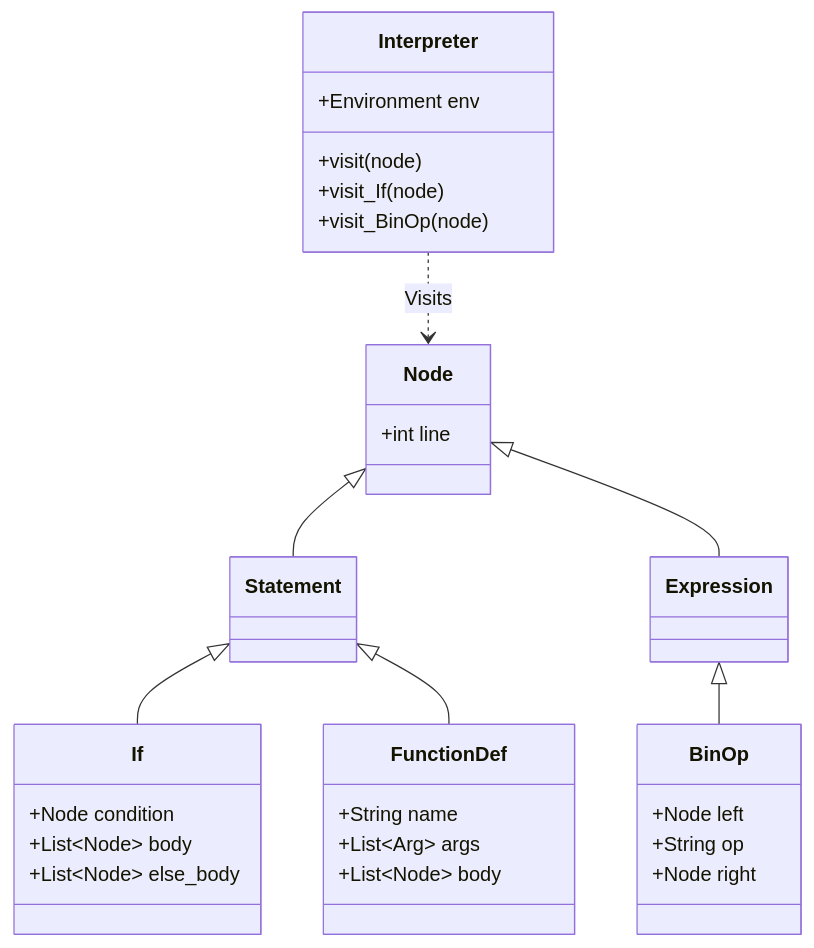
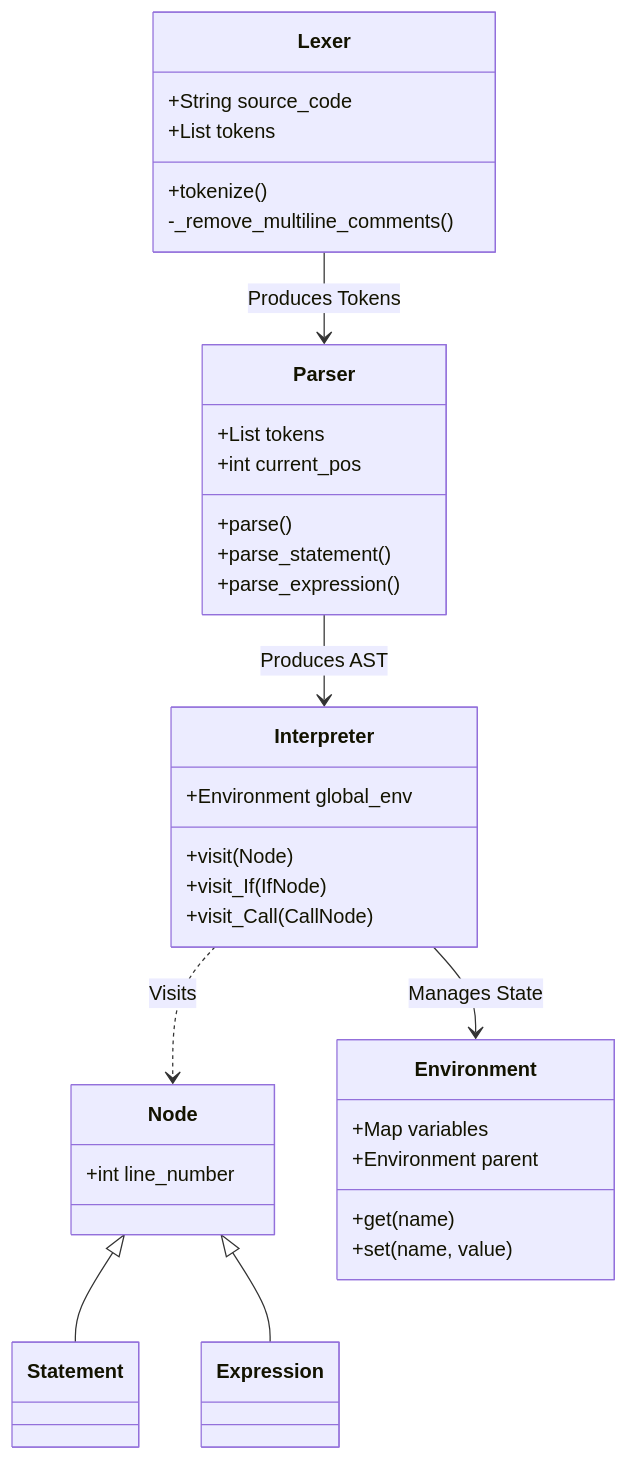
The fourth of 5 diagrams in ShellLite_Project_Report.md (Shrey-N/ShellLite), drawn with Mermaid before and after one commit. The commit also changed other lines of this file, not shown here.

First line of the commit message:
Add comprehensive project report v3 (No code dumps)

````diff
--- a/ShellLite_Project_Report.md
+++ b/ShellLite_Project_Report.md
@@ -238,43 +341,42 @@
 ```mermaid
 classDiagram
-    class Node {
-        +int line
-    }
-    class Statement {
-    }
-    class Expression {
+    class Lexer {
+        +String source_code
+        +List tokens
+        +tokenize()
+        -_remove_multiline_comments()
     }
 
+    class Parser {
+        +List tokens
+        +int current_pos
+        +parse()
+        +parse_statement()
+        +parse_expression()
+    }
+
+    class Node {
+        +int line_number
+    }
+
+    class Interpreter {
+        +Environment global_env
+        +visit(Node)
+        +visit_If(IfNode)
+        +visit_Call(CallNode)
+    }
+
+    class Environment {
+        +Map variables
+        +Environment parent
+        +get(name)
+        +set(name, value)
+    }
+
+    Lexer --> Parser : Produces Tokens
+    Parser --> Interpreter : Produces AST
+    Interpreter --> Environment : Manages State
+    Interpreter ..> Node : Visits
     Node <|-- Statement
     Node <|-- Expression
-
-    class If {
-        +Node condition
-        +List~Node~ body
-        +List~Node~ else_body
-    }
-    Statement <|-- If
-
-    class FunctionDef {
-        +String name
-        +List~Arg~ args
-        +List~Node~ body
-    }
-    Statement <|-- FunctionDef
-
-    class BinOp {
-        +Node left
-        +String op
-        +Node right
-    }
-    Expression <|-- BinOp
-
-    class Interpreter {
-        +Environment env
-        +visit(node)
-        +visit_If(node)
-        +visit_BinOp(node)
-    }
-
-    Interpreter ..> Node : Visits
 ```
````
